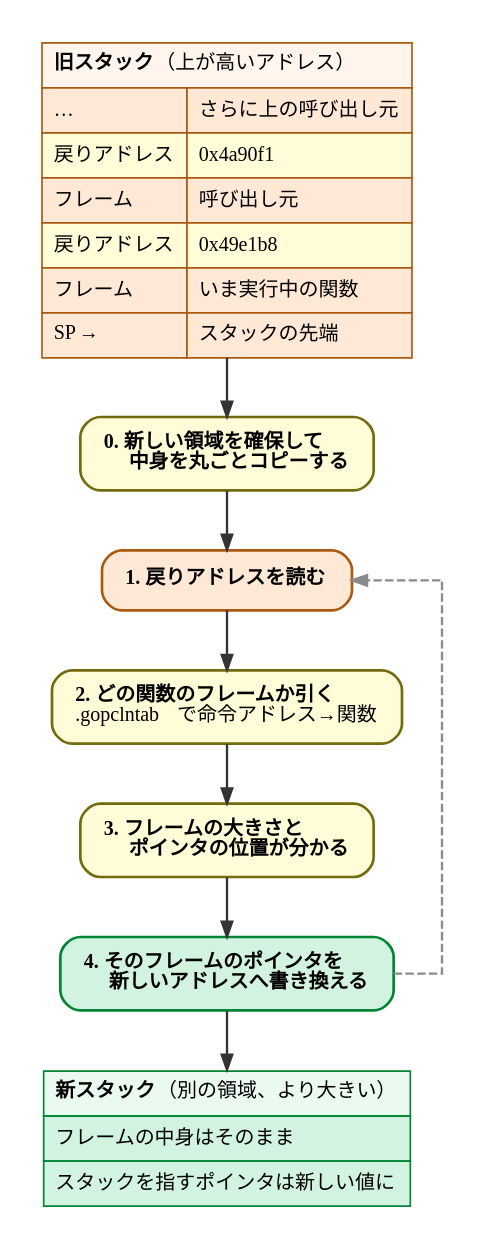
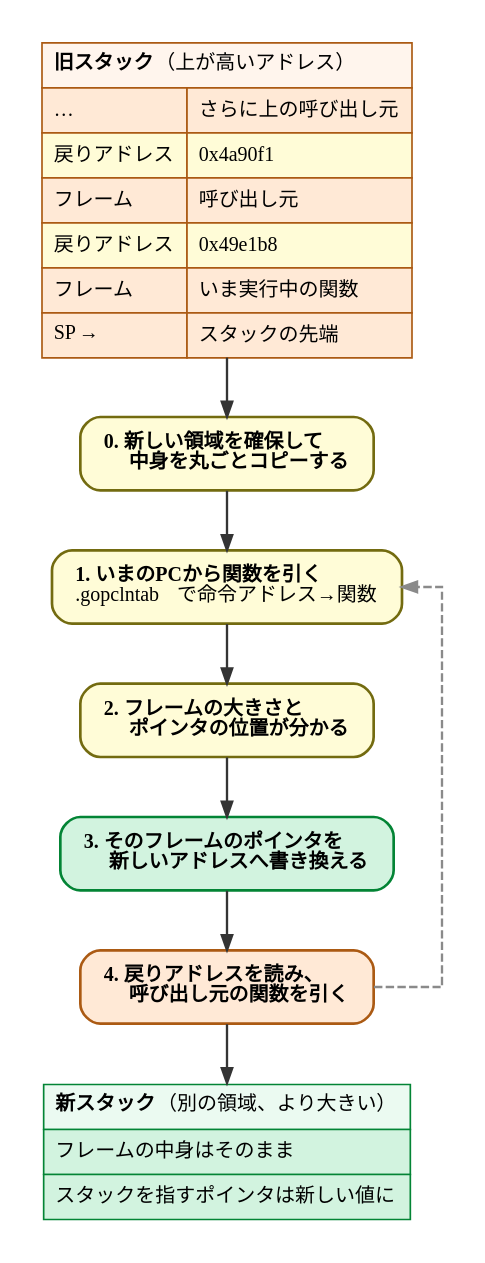
The diagram in diagrams/go-ebpf-primer/20260911-stack-walk.dot (ymotongpoo/zenn.dev), drawn with Graphviz before and after one commit. The commit also changed 20 other files, not shown here.

```diff
--- a/diagrams/go-ebpf-primer/20260911-stack-walk.dot
+++ b/diagrams/go-ebpf-primer/20260911-stack-walk.dot
@@ -1,55 +1,56 @@
 // ランタイムがスタックを辿る手順
 digraph stack_walk {
   graph [
     rankdir=TB, splines=ortho,
     fontname="IBM Plex Sans JP", fontsize=13,
     bgcolor="white", pad=0.25
   ];
   node [
     fontname="IBM Plex Sans JP", fontsize=12,
     shape=box, style="rounded,filled",
     fillcolor="#F1F1F1", color="#4A4A4A", penwidth=1.6,
     margin="0.2,0.14"
   ];
   edge [
     fontname="IBM Plex Sans JP", fontsize=11,
     color="#343434", penwidth=1.4, arrowsize=0.9,
     fontcolor="#171717"
   ];
 
   old [shape=plain, style="", label=<
     <table border="0" cellborder="1" cellspacing="0" cellpadding="6" color="#AB5A13">
       <tr><td colspan="2" align="left" bgcolor="#FFF5ED"><b>旧スタック</b>（上が高いアドレス）</td></tr>
       <tr><td align="left" bgcolor="#FFE9D6">…</td><td align="left" bgcolor="#FFE9D6">さらに上の呼び出し元</td></tr>
       <tr><td align="left" bgcolor="#FFFCD7">戻りアドレス</td><td align="left" bgcolor="#FFFCD7"><font face="JetBrains Mono">0x4a90f1</font></td></tr>
       <tr><td align="left" bgcolor="#FFE9D6">フレーム</td><td align="left" bgcolor="#FFE9D6">呼び出し元</td></tr>
       <tr><td align="left" bgcolor="#FFFCD7">戻りアドレス</td><td align="left" bgcolor="#FFFCD7"><font face="JetBrains Mono">0x49e1b8</font></td></tr>
       <tr><td align="left" bgcolor="#FFE9D6">フレーム</td><td align="left" bgcolor="#FFE9D6">いま実行中の関数</td></tr>
       <tr><td align="left" bgcolor="#FFE9D6"><font face="JetBrains Mono">SP</font> →</td><td align="left" bgcolor="#FFE9D6">スタックの先端</td></tr>
     </table>>];
 
   move [label=<<b>0. 新しい領域を確保して</b><br align="left"/><b>　 中身を丸ごとコピーする</b><br align="left"/>>,
         fillcolor="#FFFCD7", color="#736B10"];
-  read [label=<<b>1. 戻りアドレスを読む</b>>, fillcolor="#FFE9D6", color="#AB5A13"];
-  lookup [label=<<b>2. どの関数のフレームか引く</b><br align="left"/><font face="JetBrains Mono">.gopclntab</font> で命令アドレス→関数<br align="left"/>>,
+  read [label=<<b>1. いまのPCから関数を引く</b><br align="left"/><font face="JetBrains Mono">.gopclntab</font> で命令アドレス→関数<br align="left"/>>,
+        fillcolor="#FFFCD7", color="#736B10"];
+  lookup [label=<<b>2. フレームの大きさと</b><br align="left"/><b>　 ポインタの位置が分かる</b><br align="left"/>>,
           fillcolor="#FFFCD7", color="#736B10"];
-  info [label=<<b>3. フレームの大きさと</b><br align="left"/><b>　 ポインタの位置が分かる</b><br align="left"/>>,
-        fillcolor="#FFFCD7", color="#736B10"];
-  copy [label=<<b>4. そのフレームのポインタを</b><br align="left"/><b>　 新しいアドレスへ書き換える</b><br align="left"/>>,
+  info [label=<<b>3. そのフレームのポインタを</b><br align="left"/><b>　 新しいアドレスへ書き換える</b><br align="left"/>>,
         fillcolor="#D2F3DF", color="#038435"];
+  copy [label=<<b>4. 戻りアドレスを読み、</b><br align="left"/><b>　 呼び出し元の関数を引く</b><br align="left"/>>,
+        fillcolor="#FFE9D6", color="#AB5A13"];
 
   new [shape=plain, style="", label=<
     <table border="0" cellborder="1" cellspacing="0" cellpadding="6" color="#038435">
       <tr><td align="left" bgcolor="#EBFAF1"><b>新スタック</b>（別の領域、より大きい）</td></tr>
       <tr><td align="left" bgcolor="#D2F3DF">フレームの中身はそのまま</td></tr>
       <tr><td align="left" bgcolor="#D2F3DF">スタックを指すポインタは新しい値に</td></tr>
     </table>>];
 
   old -> move;
   move -> read;
   read -> lookup;
   lookup -> info;
   info -> copy;
   copy -> new;
   copy -> read [style=dashed, color="#8A8A8A", constraint=false];
 }
```
